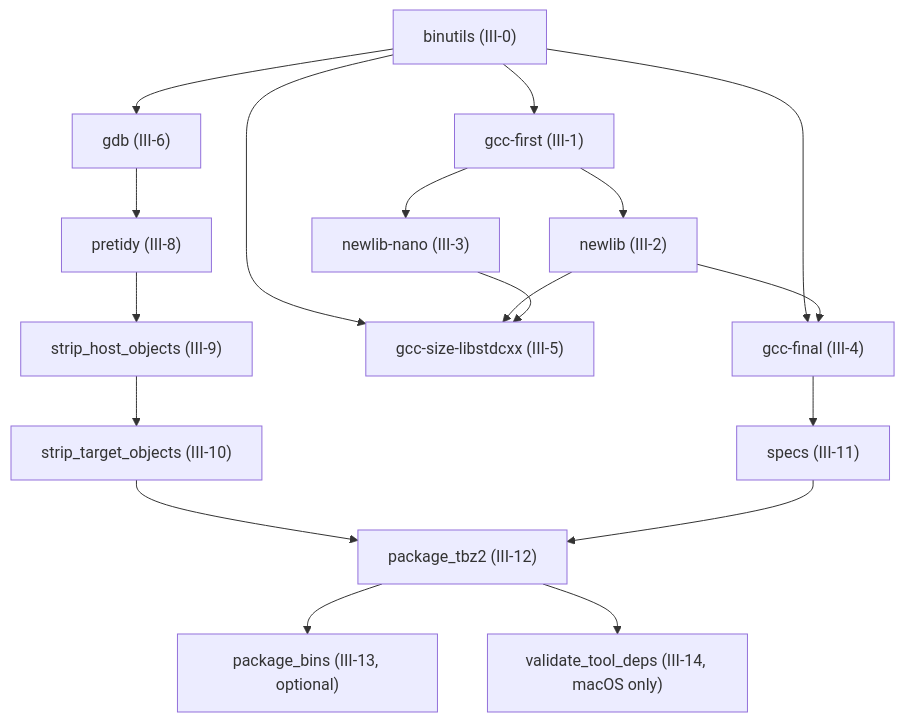
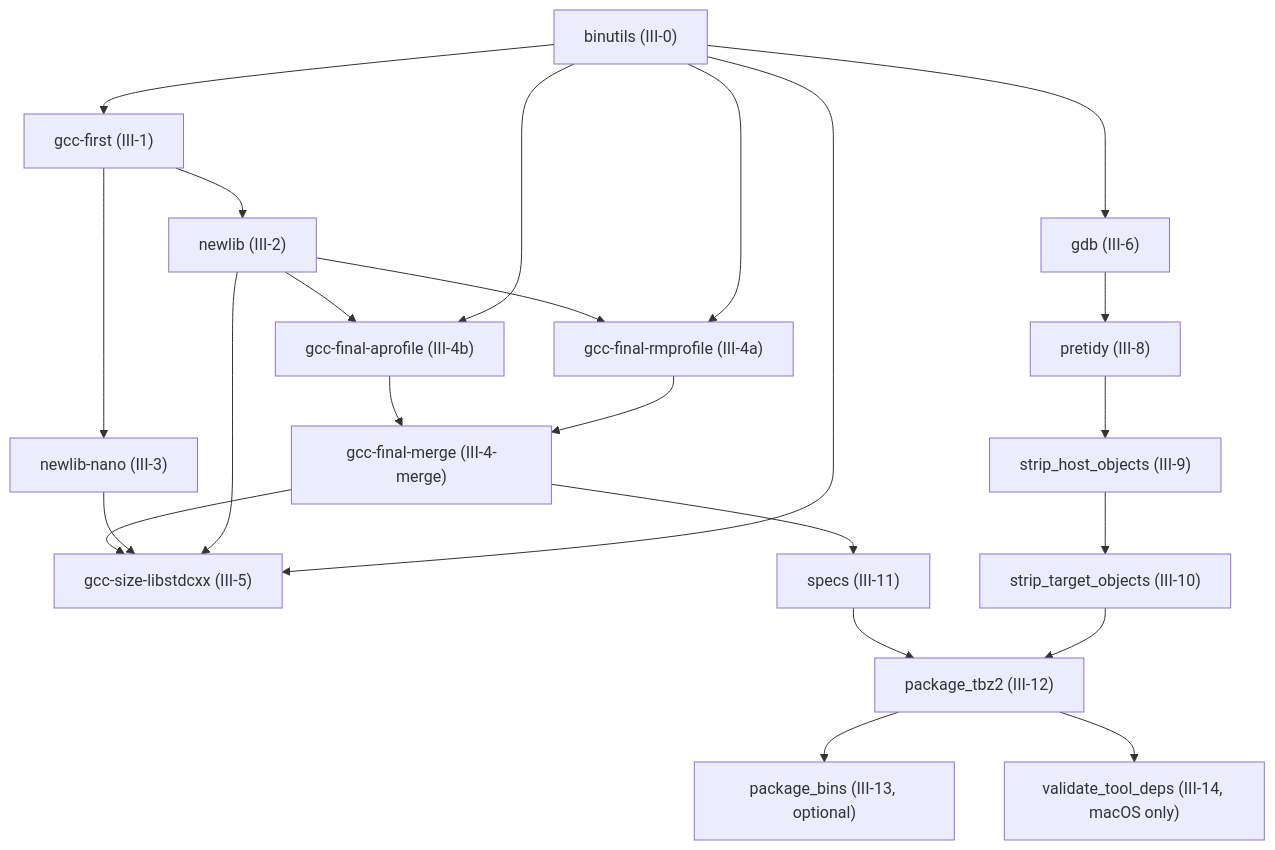
Before and after one commit to grahame-org/gnu-tools-for-stm32: the diagram in docs/build-stages.md, drawn with Mermaid. The commit also changed other lines of this file and 1 other file, not shown here.

Commit message:
docs: update build-stages.md for parallel gcc-final multilib structure

````diff
--- a/docs/build-stages.md
+++ b/docs/build-stages.md
@@ -395,35 +452,42 @@
 ```mermaid
 flowchart TD
     A["binutils (III-0)"]
     B["gcc-first (III-1)"]
     C["newlib (III-2)"]
     D["newlib-nano (III-3)"]
-    E["gcc-final (III-4)"]
+    E1["gcc-final-rmprofile (III-4a)"]
+    E2["gcc-final-aprofile (III-4b)"]
+    EM["gcc-final-merge (III-4-merge)"]
     F["gcc-size-libstdcxx (III-5)"]
     G["gdb (III-6)"]
     H["pretidy (III-8)"]
     I["strip_host_objects (III-9)"]
     J["strip_target_objects (III-10)"]
     K["specs (III-11)"]
     L["package_tbz2 (III-12)"]
     M["package_bins (III-13, optional)"]
     N["validate_tool_deps (III-14, macOS only)"]
 
     A --> B
-    A --> E
+    A --> E1
+    A --> E2
     A --> F
     A --> G
     B --> C
     B --> D
-    C --> E
+    C --> E1
+    C --> E2
     C --> F
     D --> F
-    E --> K
+    E1 --> EM
+    E2 --> EM
+    EM --> F
+    EM --> K
     G --> H
     H --> I
     I --> J
     J --> L
     K --> L
     L --> M
     L --> N
 ```
````
